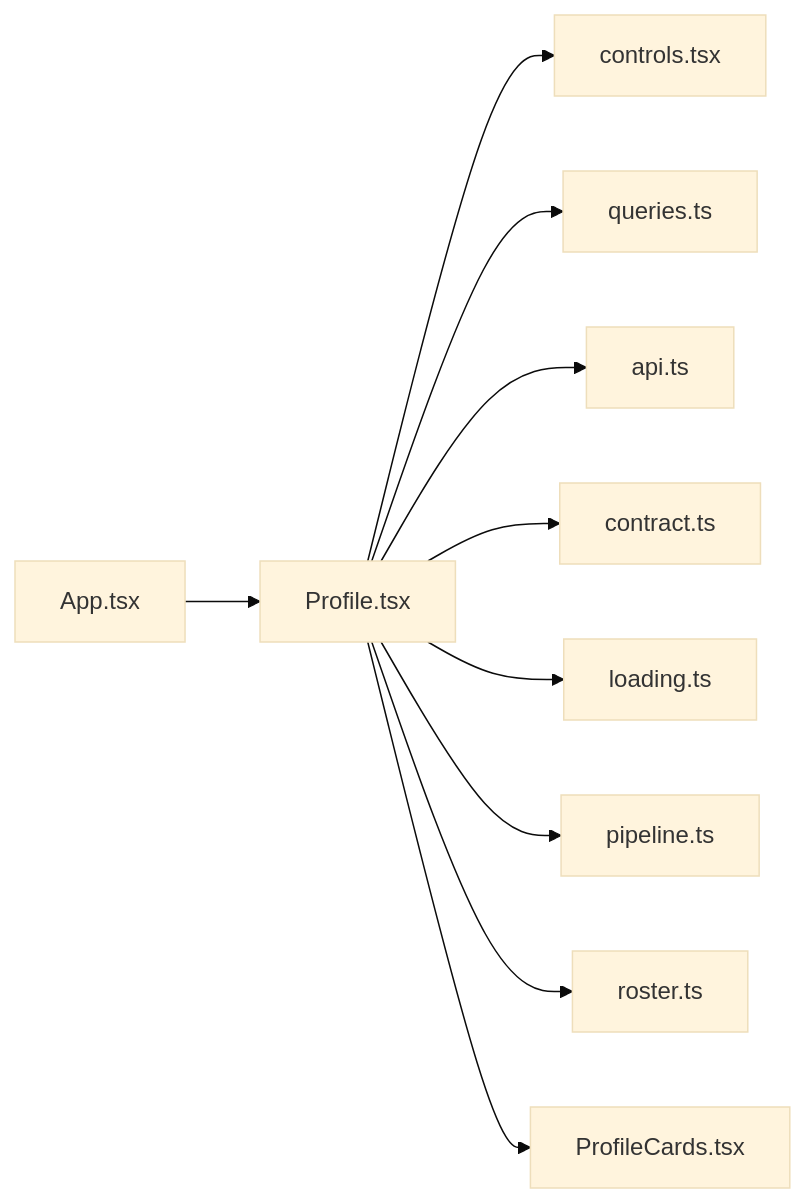
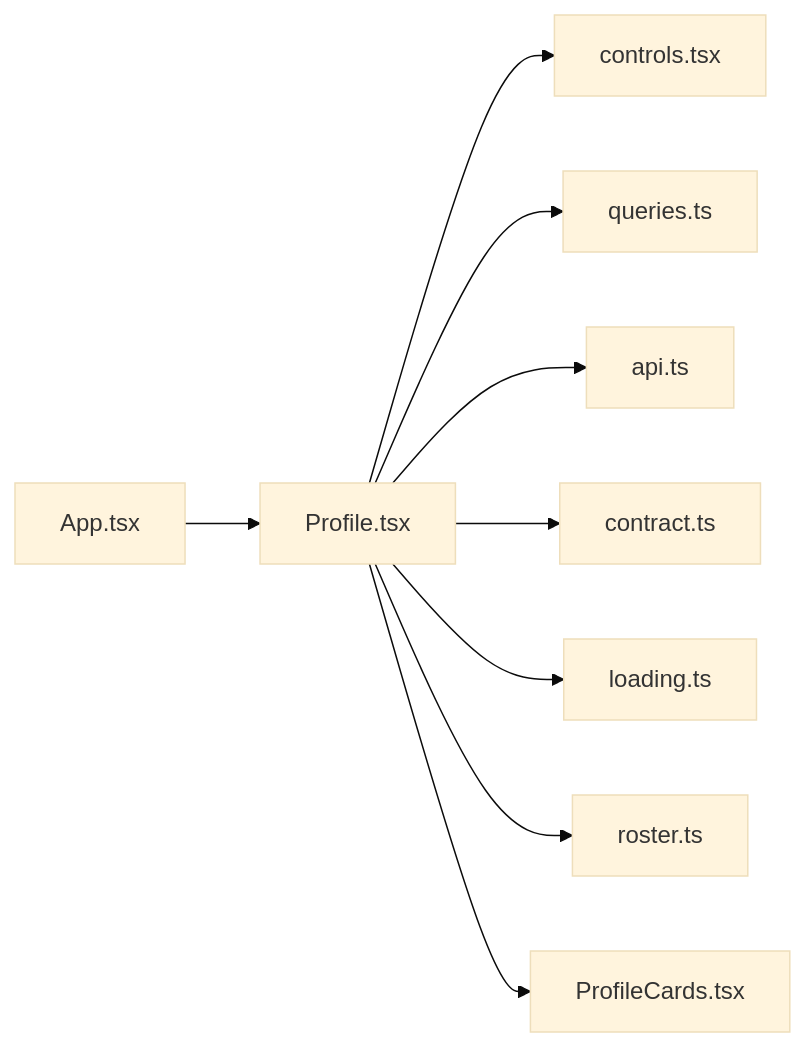
Before and after one commit to minkong-dev/Banblit: the diagram in .cluedoc/graph/frontend/src/routes/Profile.md, drawn with Mermaid (base theme). The commit also changed other lines of this file and 41 other files, not shown here.

````diff
--- a/.cluedoc/graph/frontend/src/routes/Profile.md
+++ b/.cluedoc/graph/frontend/src/routes/Profile.md
@@ -10,13 +10,12 @@
 ```mermaid
 flowchart LR
   frontend_src_routes_Profile["Profile.tsx"]
   frontend_src_routes_Profile --> frontend_src_components_controls["controls.tsx"]
   frontend_src_routes_Profile --> frontend_src_components_queries["queries.ts"]
   frontend_src_routes_Profile --> frontend_src_lib_api["api.ts"]
   frontend_src_routes_Profile --> frontend_src_lib_contract["contract.ts"]
   frontend_src_routes_Profile --> frontend_src_lib_loading["loading.ts"]
-  frontend_src_routes_Profile --> frontend_src_lib_pipeline["pipeline.ts"]
   frontend_src_routes_Profile --> frontend_src_lib_roster["roster.ts"]
   frontend_src_routes_Profile --> frontend_src_routes_ProfileCards["ProfileCards.tsx"]
   frontend_src_App["App.tsx"] --> frontend_src_routes_Profile
 ```
````
